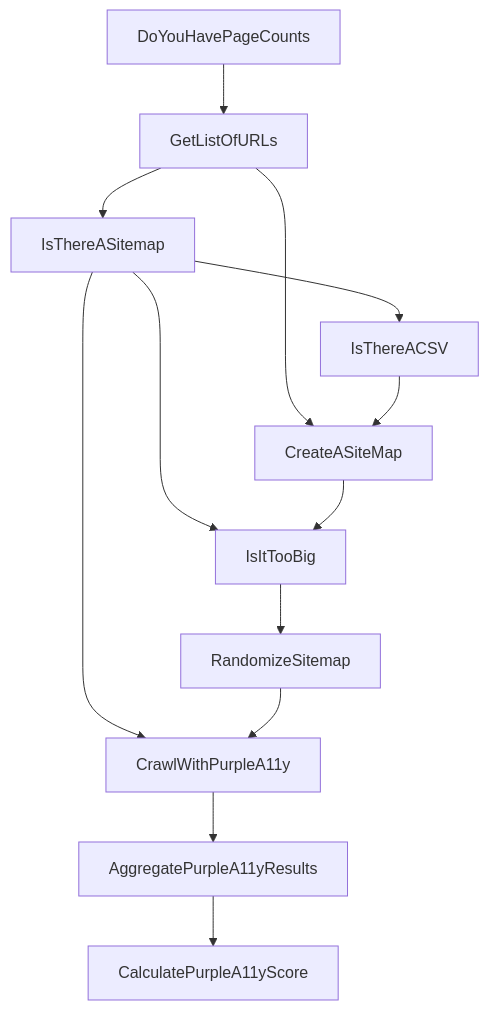
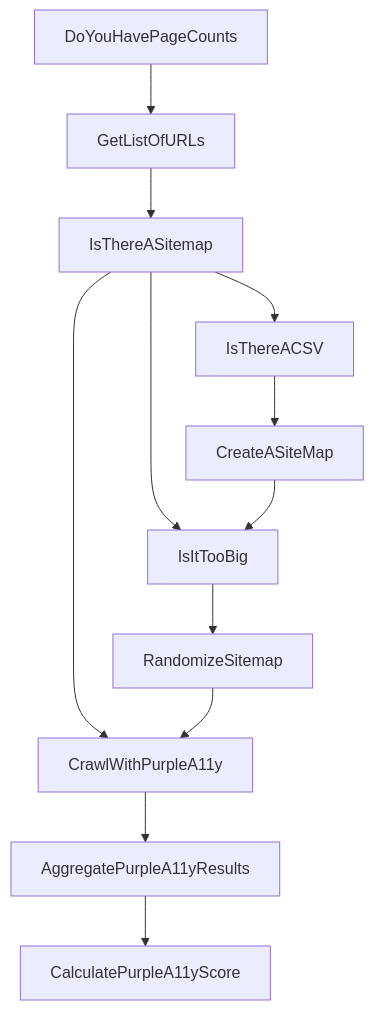
Before and after one commit to mgifford/purple-a11y: the diagram in sitemap-tools/decision-tree.md, drawn with Mermaid.

````diff
--- a/sitemap-tools/decision-tree.md
+++ b/sitemap-tools/decision-tree.md
@@ -3,16 +3,15 @@
 ```mermaid
 graph TD;
     IsThereASitemap-->IsThereACSV;
     DoYouHavePageCounts-->GetListOfURLs;
     GetListOfURLs-->IsThereASitemap;
-    GetListOfURLs-->CreateASiteMap;
     IsThereACSV-->CreateASiteMap;
     IsThereASitemap-->CrawlWithPurpleA11y;
     IsThereASitemap-->IsItTooBig;
     CreateASiteMap-->IsItTooBig;
     IsItTooBig-->RandomizeSitemap;
     RandomizeSitemap-->CrawlWithPurpleA11y;
     CrawlWithPurpleA11y-->AggregatePurpleA11yResults;
     AggregatePurpleA11yResults-->CalculatePurpleA11yScore
 
 ```
````
